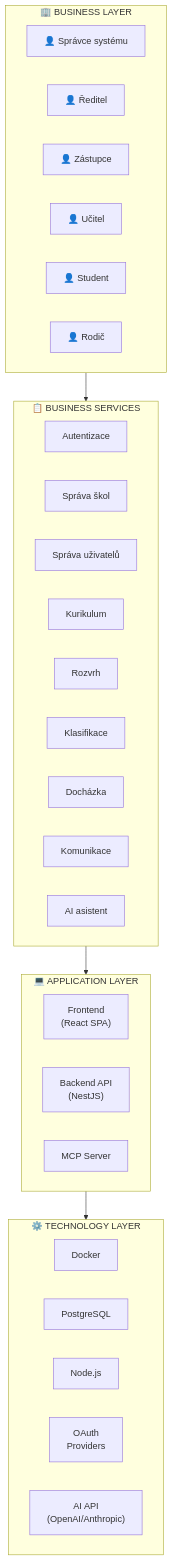
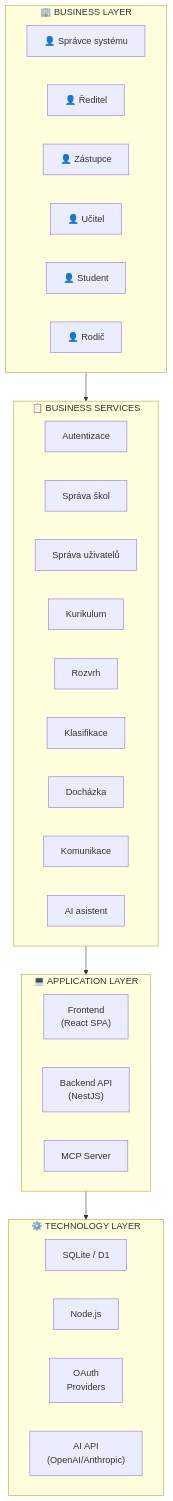
Before and after one commit to edustack-is/edustack-is-sandbox: the first of 12 diagrams in docs/archimate-diagramy.md, drawn with Mermaid. The commit also changed other lines of this file and 88 other files, not shown here.

````diff
--- a/docs/archimate-diagramy.md
+++ b/docs/archimate-diagramy.md
@@ -28,45 +28,44 @@
 ```mermaid
 graph TB
     subgraph BL["🏢 BUSINESS LAYER"]
         direction LR
         BA1["👤 Správce systému"]
         BA2["👤 Ředitel"]
         BA3["👤 Zástupce"]
         BA4["👤 Učitel"]
         BA5["👤 Student"]
         BA6["👤 Rodič"]
     end
 
     subgraph BS["📋 BUSINESS SERVICES"]
         direction LR
         BS1["Autentizace"]
         BS2["Správa škol"]
         BS3["Správa uživatelů"]
         BS4["Kurikulum"]
         BS5["Rozvrh"]
         BS6["Klasifikace"]
         BS7["Docházka"]
         BS8["Komunikace"]
         BS9["AI asistent"]
     end
 
     subgraph AL["💻 APPLICATION LAYER"]
         direction LR
         AC1["Frontend\n(React SPA)"]
         AC2["Backend API\n(NestJS)"]
         AC3["MCP Server"]
     end
 
     subgraph TL["⚙️ TECHNOLOGY LAYER"]
         direction LR
-        TN1["Docker"]
-        TN2["PostgreSQL"]
+        TN2["SQLite / D1"]
         TN3["Node.js"]
         TN4["OAuth\nProviders"]
         TN5["AI API\n(OpenAI/Anthropic)"]
     end
 
     BL --> BS
     BS --> AL
     AL --> TL
 ```
````
